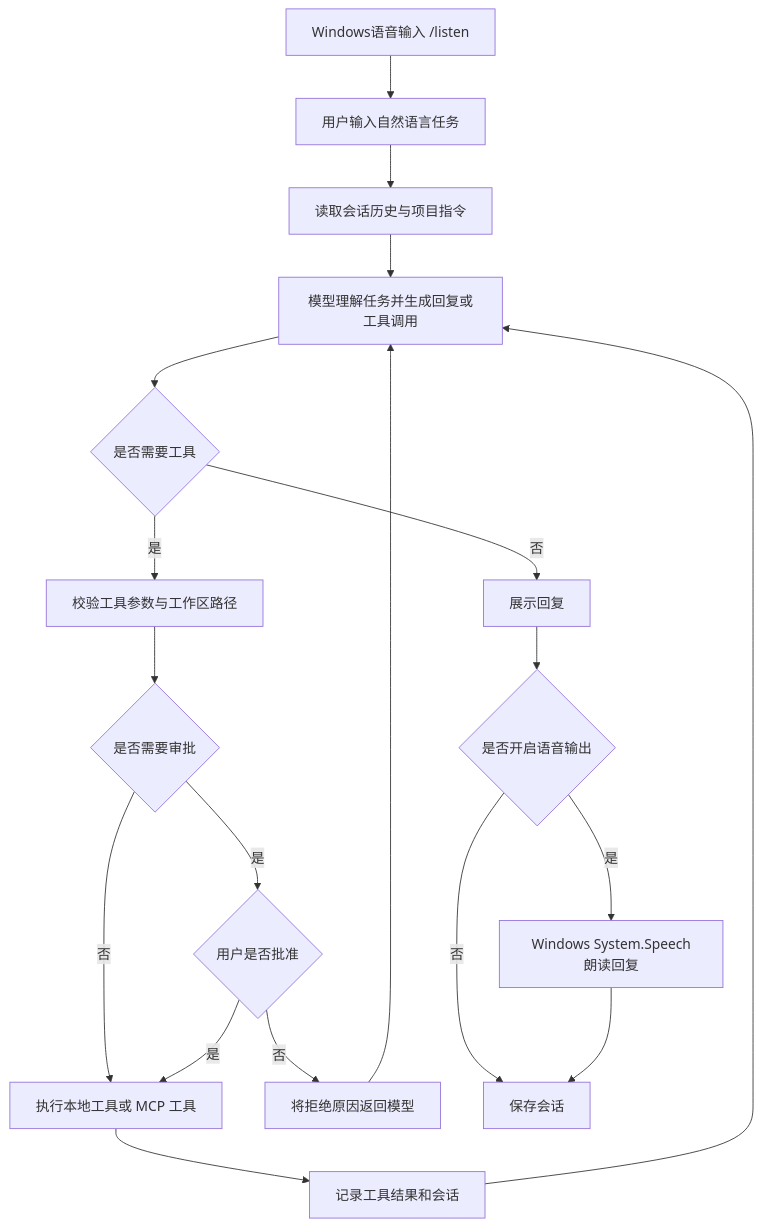
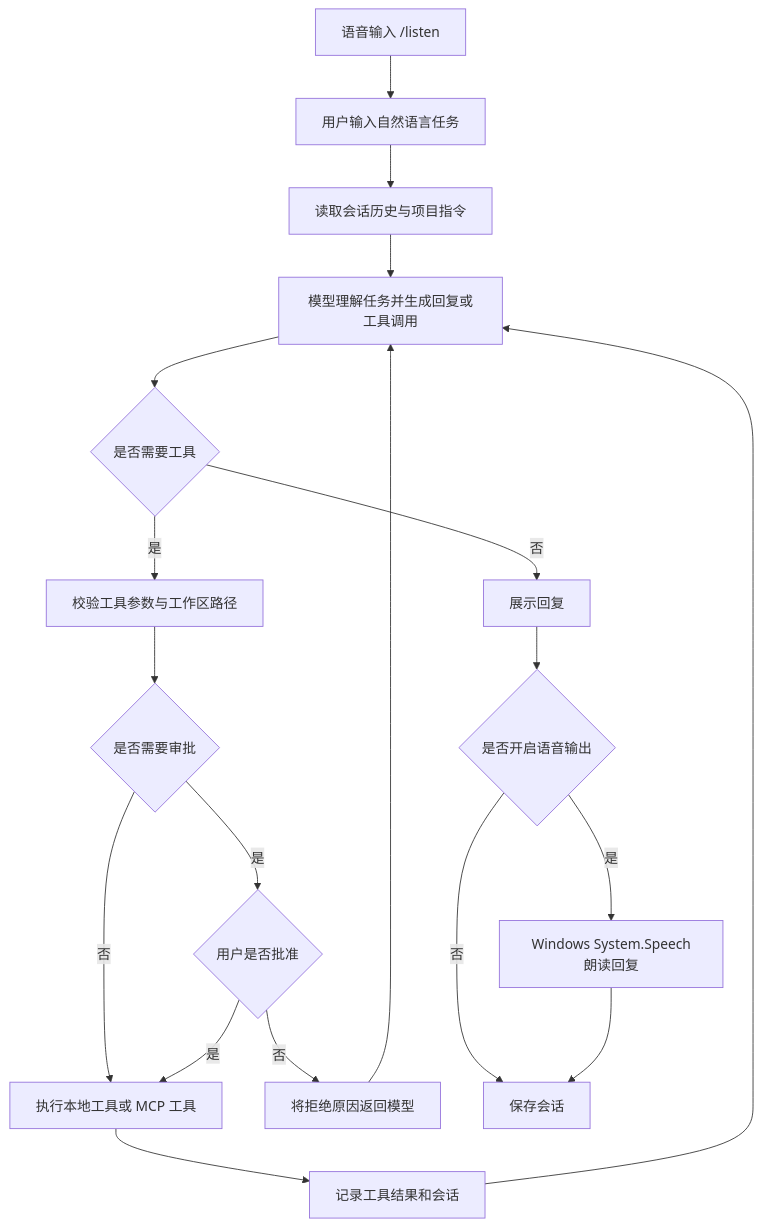
Before and after one commit to Sophy-x/gdut-software-engineering-2026: the diagram in 3124004049/aria/README.md, drawn with Mermaid. The commit also changed other lines of this file and 2 other files, not shown here.

````diff
--- a/3124004049/aria/README.md
+++ b/3124004049/aria/README.md
@@ -37,21 +37,21 @@
 ```mermaid
 flowchart TD
     A[用户输入自然语言任务] --> B[读取会话历史与项目指令]
-    A0[Windows语音输入 /listen] --> A
+    A0[语音输入 /listen] --> A
     B --> C[模型理解任务并生成回复或工具调用]
     C --> D{是否需要工具}
     D -- 否 --> J[展示回复]
     D -- 是 --> E[校验工具参数与工作区路径]
     E --> F{是否需要审批}
     F -- 是 --> G{用户是否批准}
     F -- 否 --> H[执行本地工具或 MCP 工具]
     G -- 是 --> H
     G -- 否 --> I[将拒绝原因返回模型]
     H --> K[记录工具结果和会话]
     K --> C
     I --> C
     J --> L{是否开启语音输出}
     L -- 是 --> M[Windows System.Speech朗读回复]
     L -- 否 --> N[保存会话]
     M --> N
 ```
````
